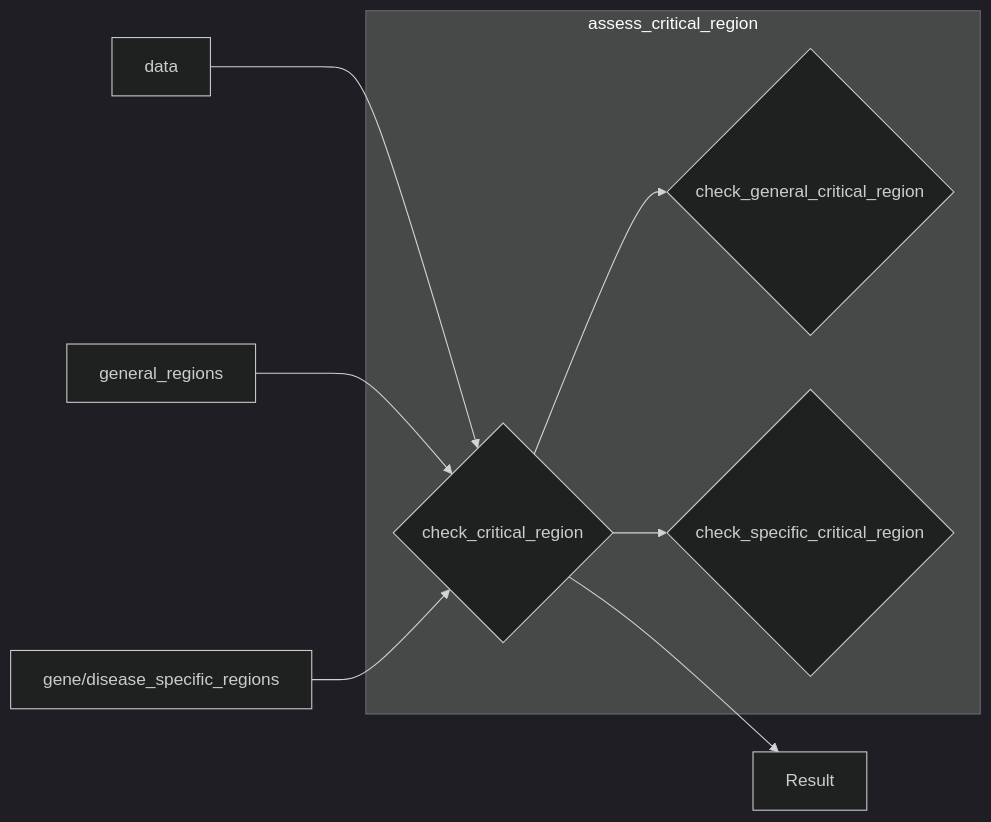
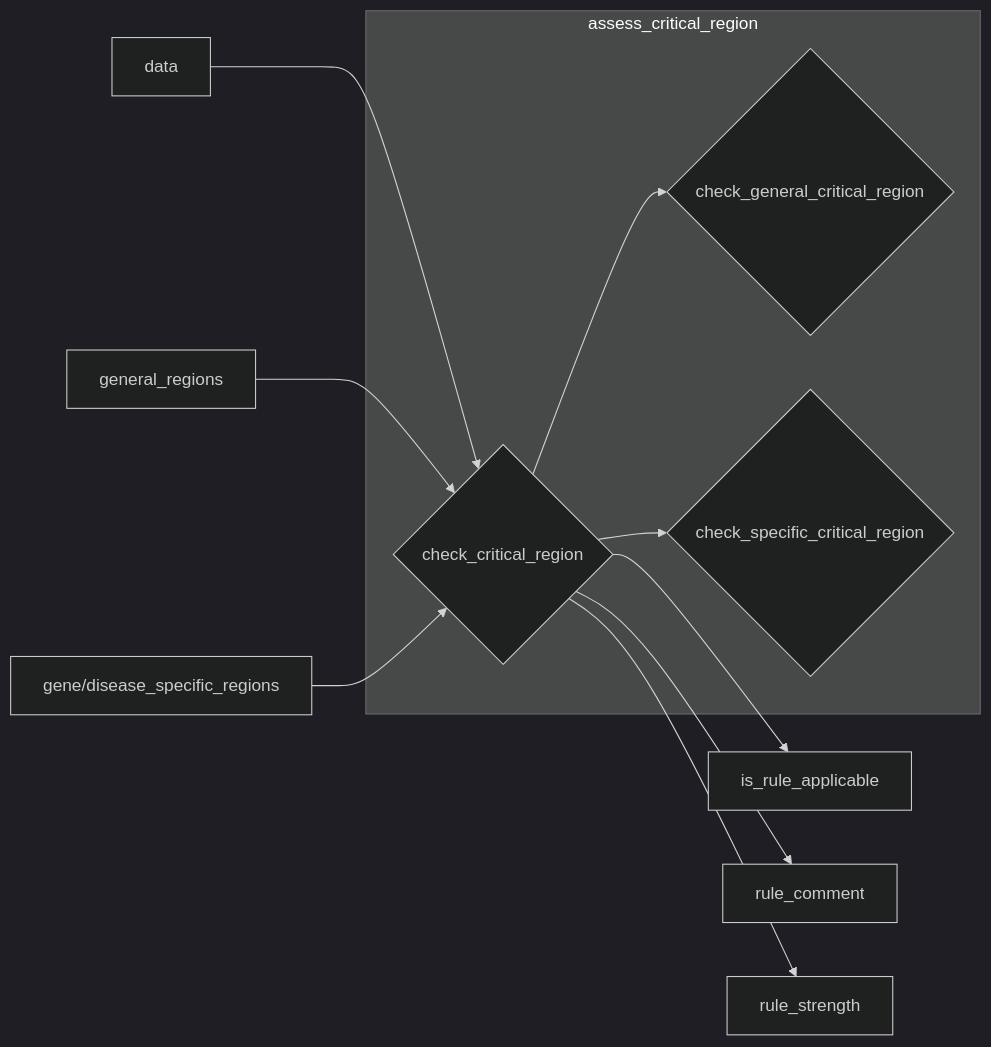
Before and after one commit to akatzke/HerediClassify: the sixth of 30 diagrams in Software_design/Mermaid.org, drawn with Mermaid (dark theme). The commit also changed other lines of this file and 8 other files, not shown here.

```diff
--- a/Software_design/Mermaid.org
+++ b/Software_design/Mermaid.org
@@ -117,11 +127,13 @@
 #+begin_src mermaid :file pm1_critical_region_refactored.png
 flowchart LR
    D[data] --> CR{check_critical_region}
    GR[general_regions] --> CR
    SR[gene/disease_specific_regions] --> CR
-   CR --> R[Result]
+   CR --> is_rule_applicable
+   CR --> rule_comment
+   CR --> rule_strength
   subgraph assess_critical_region
       CR --> GCR{check_general_critical_region}
       CR --> SCR{check_specific_critical_region}
       end
 #+end_src
```
